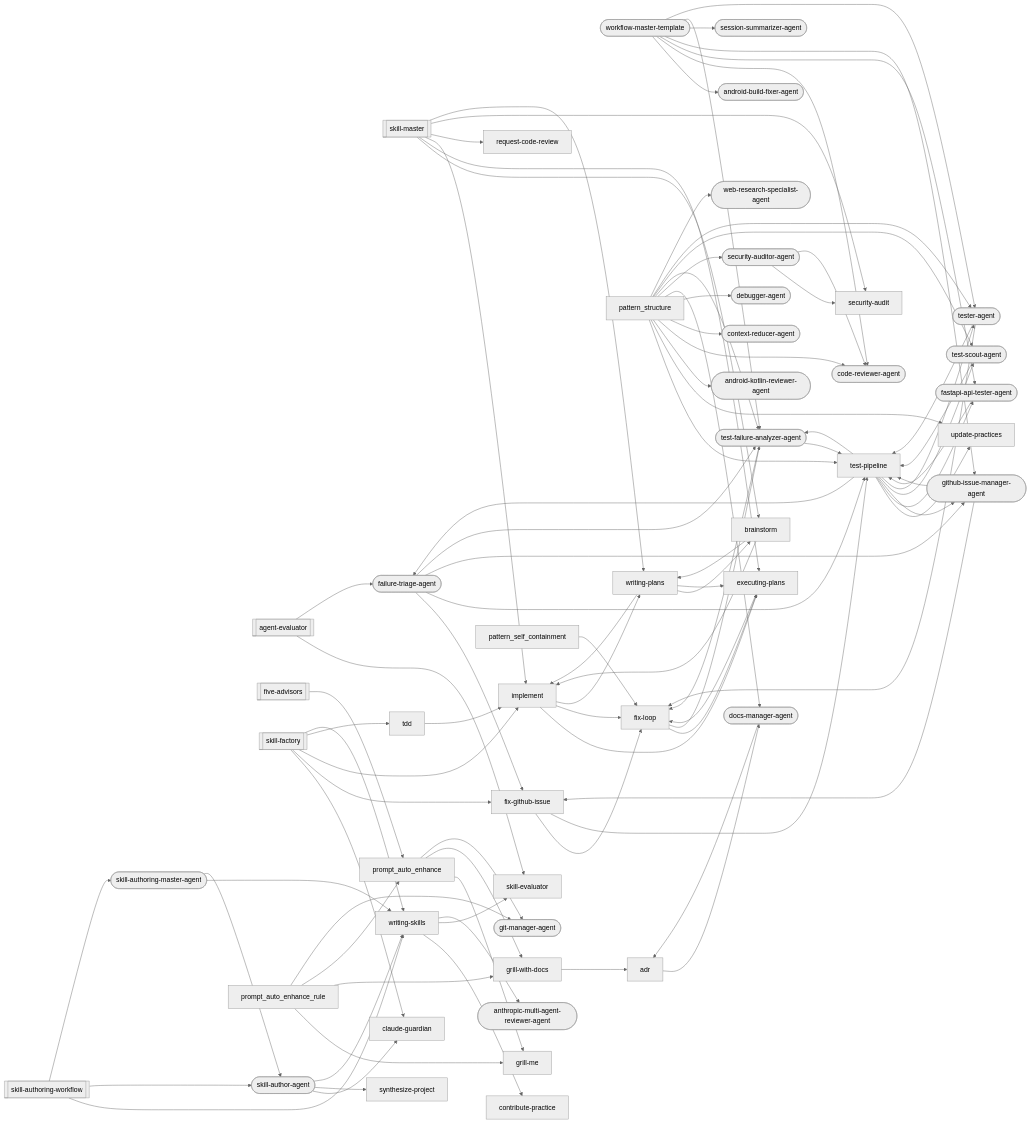
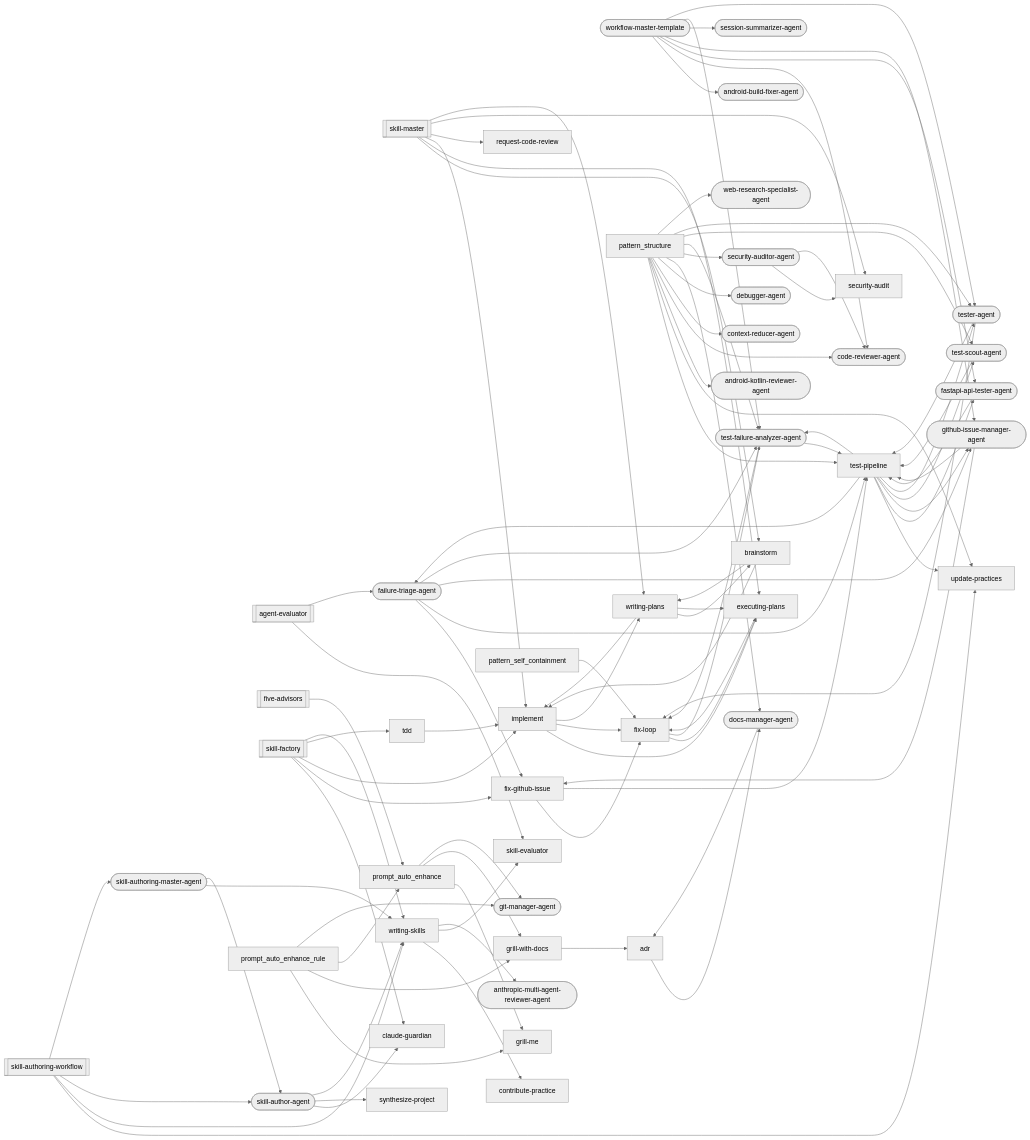
One commit to abhayla/claude-best-practices changed the third of 28 diagrams in docs/workflows/skill-authoring.md. Above: the diagram before and after it, drawn with Mermaid (neutral theme). The commit also changed other lines of this file and 12 other files, not shown here.

```diff
--- a/docs/workflows/skill-authoring.md
+++ b/docs/workflows/skill-authoring.md
@@ -788,6 +795,7 @@
     prompt_auto_enhance --> grill_me
     prompt_auto_enhance --> grill_with_docs
     prompt_auto_enhance --> git_manager_agent
+    skill_authoring_workflow --> update_practices
     skill_authoring_workflow --> writing_skills
     skill_authoring_workflow --> skill_author_agent
     skill_authoring_workflow --> skill_authoring_master_agent
```
